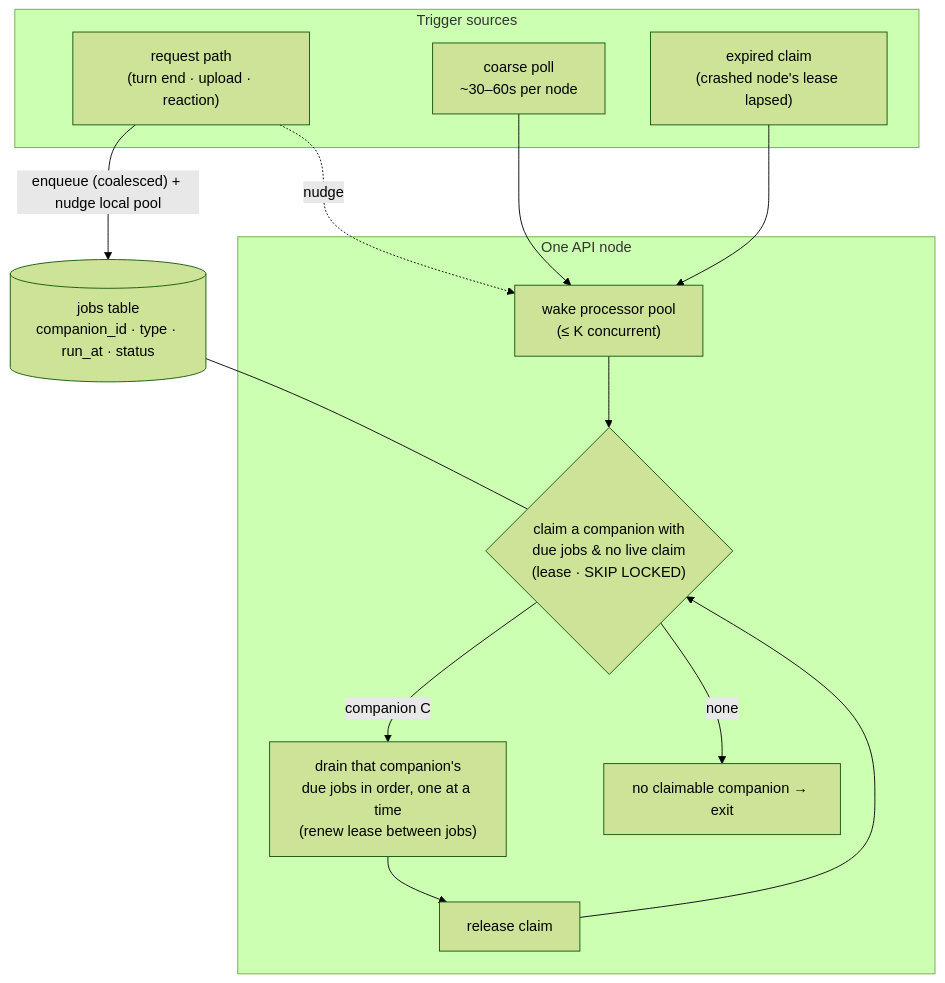
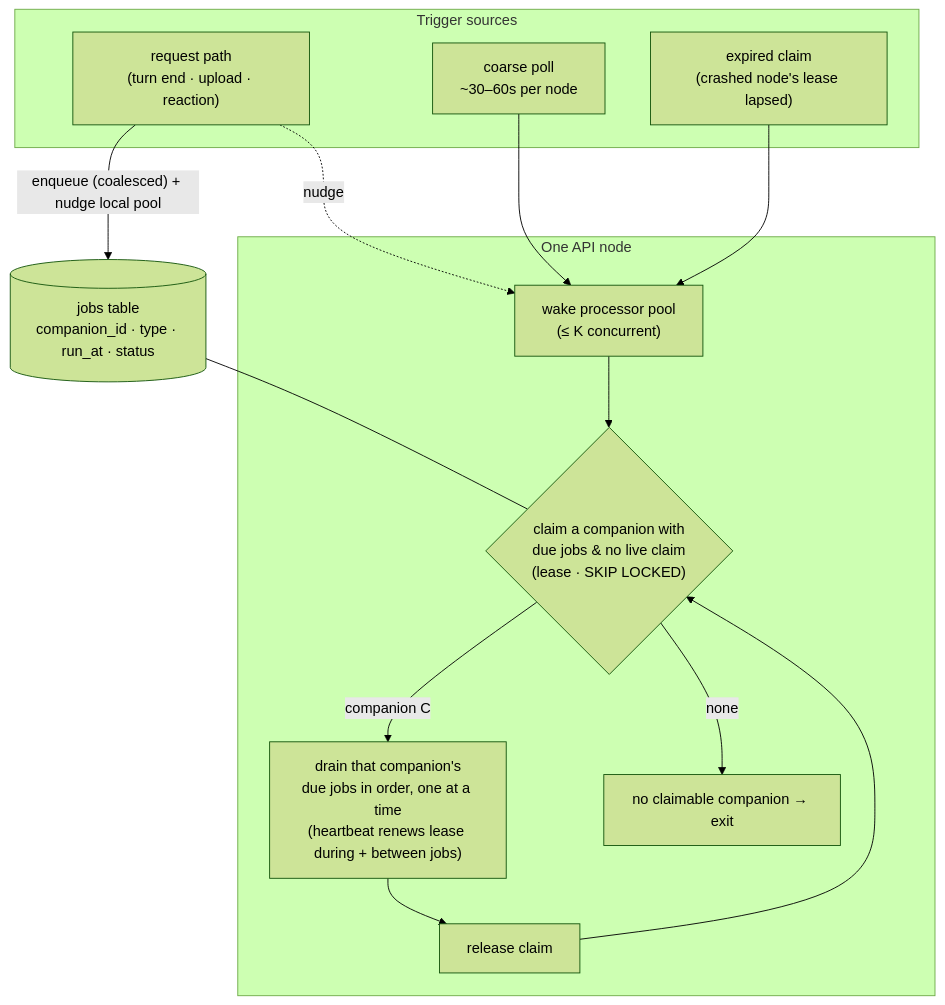
The first of 3 diagrams in docs/plans/deliver-scalability.md (CobbleStamp/CobbleCompanion), drawn with Mermaid (forest theme) before and after one commit. The commit also changed other lines of this file and 8 other files, not shown here.

````diff
--- a/docs/plans/deliver-scalability.md
+++ b/docs/plans/deliver-scalability.md
@@ -268,30 +268,30 @@
 ```mermaid
 flowchart TD
   subgraph triggers["Trigger sources"]
     REQ["request path<br/>(turn end · upload · reaction)"]
     POLL["coarse poll<br/>~30–60s per node"]
     EXP["expired claim<br/>(crashed node's lease lapsed)"]
   end
 
   Q[("jobs table<br/>companion_id · type · run_at · status")]
 
   REQ -->|"enqueue (coalesced) + nudge local pool"| Q
   REQ -.->|nudge| WAKE
   POLL --> WAKE
   EXP --> WAKE
 
   subgraph node["One API node"]
     WAKE["wake processor pool<br/>(≤ K concurrent)"]
     CLAIM{"claim a companion with<br/>due jobs & no live claim<br/>(lease · SKIP LOCKED)"}
-    DRAIN["drain that companion's<br/>due jobs in order, one at a time<br/>(renew lease between jobs)"]
+    DRAIN["drain that companion's<br/>due jobs in order, one at a time<br/>(heartbeat renews lease during + between jobs)"]
     REL["release claim"]
     EXIT["no claimable companion → exit"]
     WAKE --> CLAIM
     CLAIM -->|"companion C"| DRAIN
     DRAIN --> REL
     REL --> CLAIM
     CLAIM -->|none| EXIT
   end
 
   Q --- CLAIM
 ```
````
